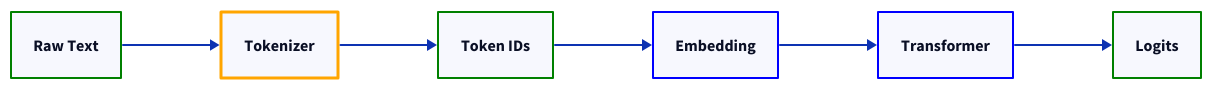
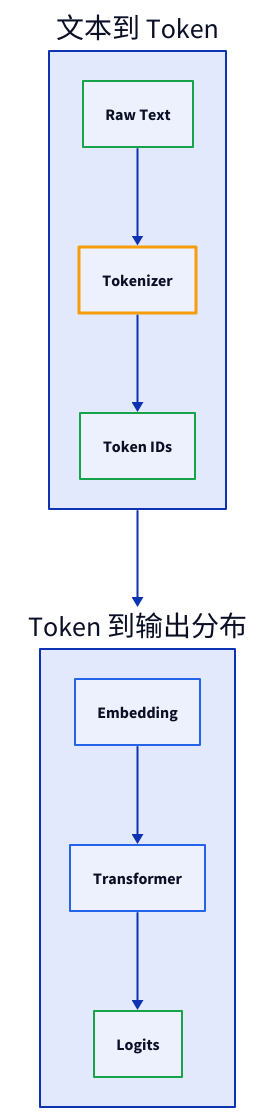
One commit to 111qqz/111qqz.github.io changed the diagram in images/cs336-bpe-tokenizer/llm-pipeline.d2. Above: the diagram before and after it, drawn with D2. The commit also changed 71 other files, not shown here.

Commit message:
feat(diagrams): 处理 40-60% 中危配图，拆分 Overcommit 长链路并统一纵向/分阶段标准 111qqz/hugo-blog@6840c12ec7ae768c5e458013c75df5e0ce0c43e6

```diff
--- a/images/cs336-bpe-tokenizer/llm-pipeline.d2
+++ b/images/cs336-bpe-tokenizer/llm-pipeline.d2
@@ -1,27 +1,32 @@
-direction: right
+direction: down
 
-A: Raw Text {
-  style.stroke: green
-}
-B: Tokenizer {
-  style.stroke: orange
-  style.stroke-width: 3
-}
-C: Token IDs {
-  style.stroke: green
-}
-D: Embedding {
-  style.stroke: blue
-}
-E: Transformer {
-  style.stroke: blue
-}
-F: Logits {
-  style.stroke: green
+stage1: 文本到 Token {
+  direction: right
+  A: Raw Text {
+    style.stroke: "#16a34a"
+  }
+  B: Tokenizer {
+    style.stroke: "#f59e0b"
+    style.stroke-width: 3
+  }
+  C: Token IDs {
+    style.stroke: "#16a34a"
+  }
+  A -> B -> C
 }
 
-A -> B
-B -> C
-C -> D
-D -> E
-E -> F
+stage2: Token 到输出分布 {
+  direction: right
+  D: Embedding {
+    style.stroke: "#2563eb"
+  }
+  E: Transformer {
+    style.stroke: "#2563eb"
+  }
+  F: Logits {
+    style.stroke: "#16a34a"
+  }
+  D -> E -> F
+}
+
+stage1 -> stage2
```
